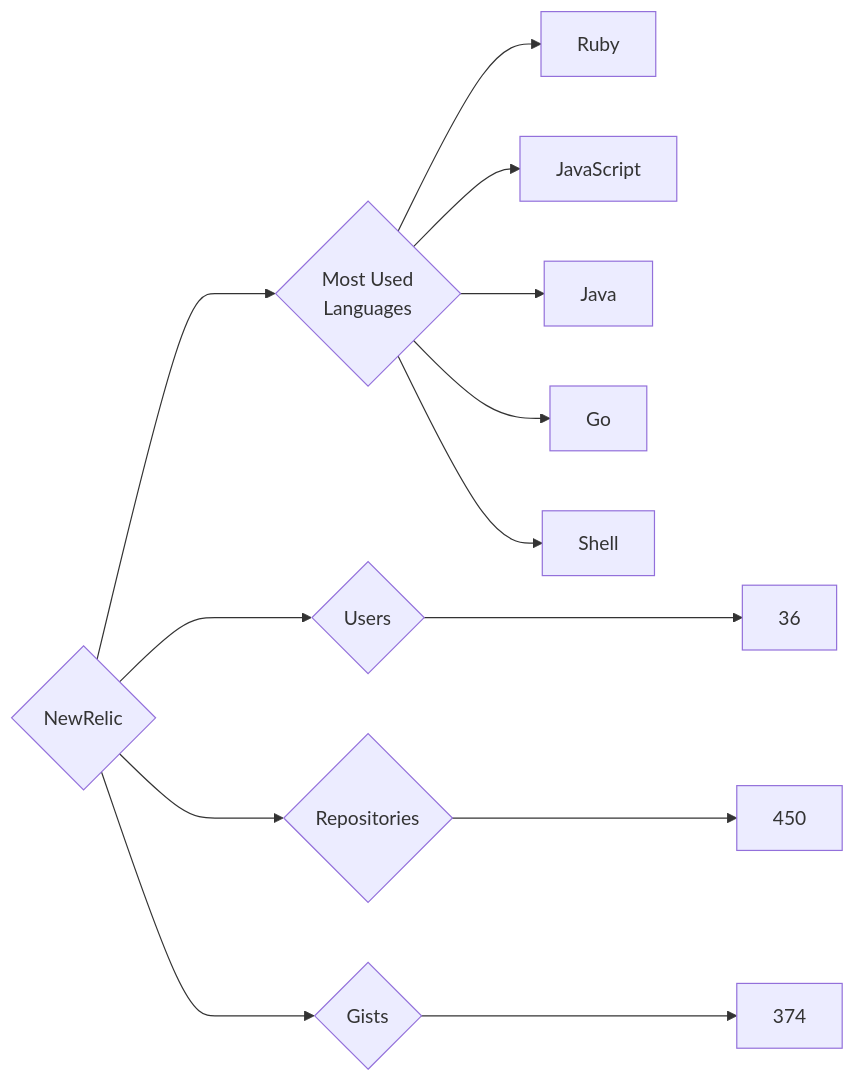
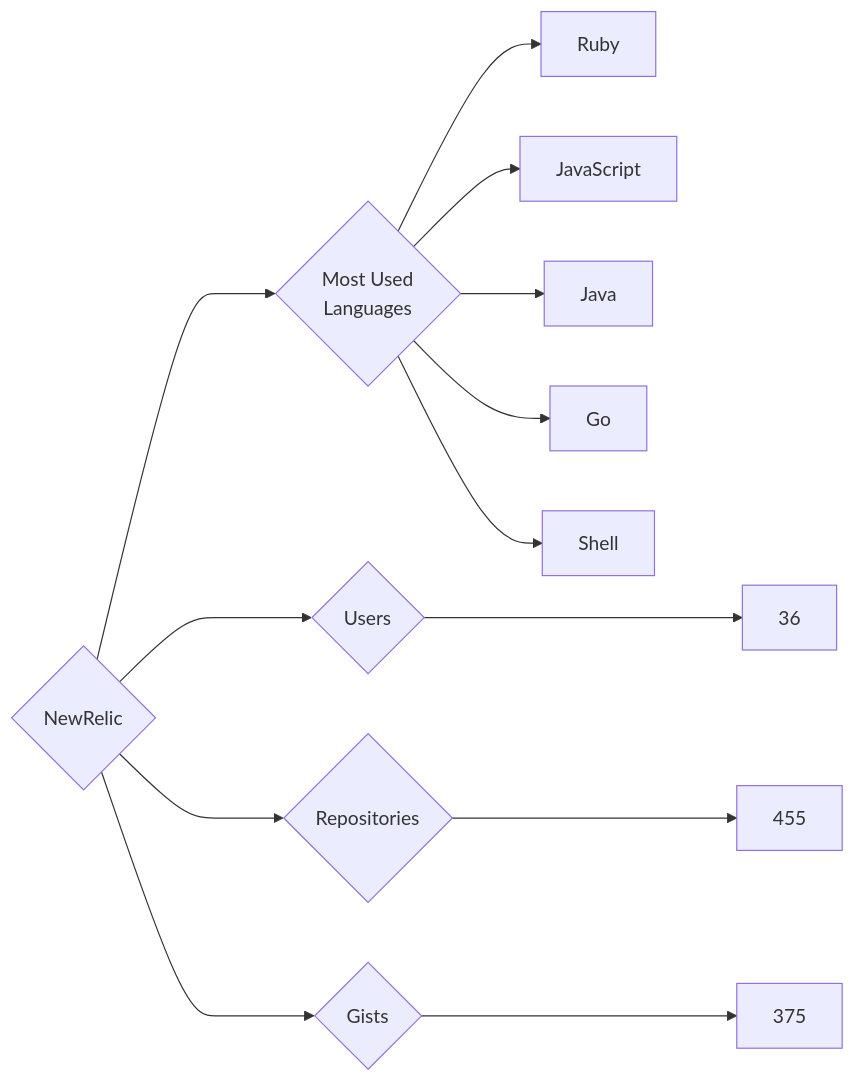
Before and after one commit to trickest/insiders: the diagram in targets/NewRelic/README.md, drawn with Mermaid. The commit also changed 870 other files, not shown here.

````diff
--- a/targets/NewRelic/README.md
+++ b/targets/NewRelic/README.md
@@ -3,13 +3,13 @@
 ```mermaid
 graph LR
 COMPANY_NAME{NewRelic}
 COMPANY_NAME ---> U{Users} ---> UN[36]
-COMPANY_NAME ---> R{Repositories} ---> RN[450]
-COMPANY_NAME ---> G{Gists} ---> GN[374]
+COMPANY_NAME ---> R{Repositories} ---> RN[455]
+COMPANY_NAME ---> G{Gists} ---> GN[375]
 COMPANY_NAME ---> ML{Most Used<br>Languages}
 ML --> Ruby[Ruby]
 ML --> JavaScript[JavaScript]
 ML --> Java[Java]
 ML --> Go[Go]
 ML --> Shell[Shell]
 ```
````
